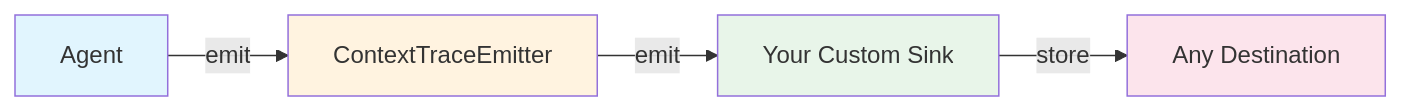
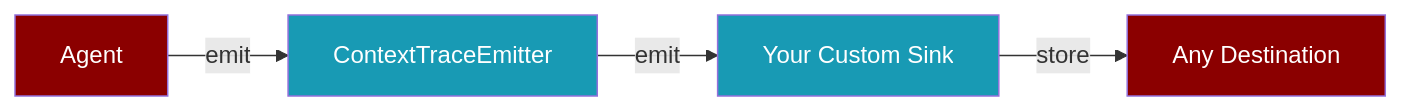
The second of 4 diagrams in docs/observability/custom-tracing.mdx (MervinPraison/PraisonAIDocs), drawn with Mermaid before and after one commit. The commit also changed other lines of this file and 47 other files, not shown here.

````diff
--- a/docs/observability/custom-tracing.mdx
+++ b/docs/observability/custom-tracing.mdx
@@ -42,11 +59,9 @@
 ```mermaid
 flowchart LR
-    A[Agent] -->|emit| B[ContextTraceEmitter]
-    B -->|emit| C[Your Custom Sink]
-    C -->|store| D[Any Destination]
+    A[Agent]:::agent -->|emit| B[ContextTraceEmitter]:::tool
+    B -->|emit| C[Your Custom Sink]:::tool
+    C -->|store| D[Any Destination]:::agent
     
-    style A fill:#e1f5fe
-    style B fill:#fff3e0
-    style C fill:#e8f5e9
-    style D fill:#fce4ec
+    classDef agent fill:#8B0000,color:#fff
+    classDef tool fill:#189AB4,color:#fff
 ```
````
